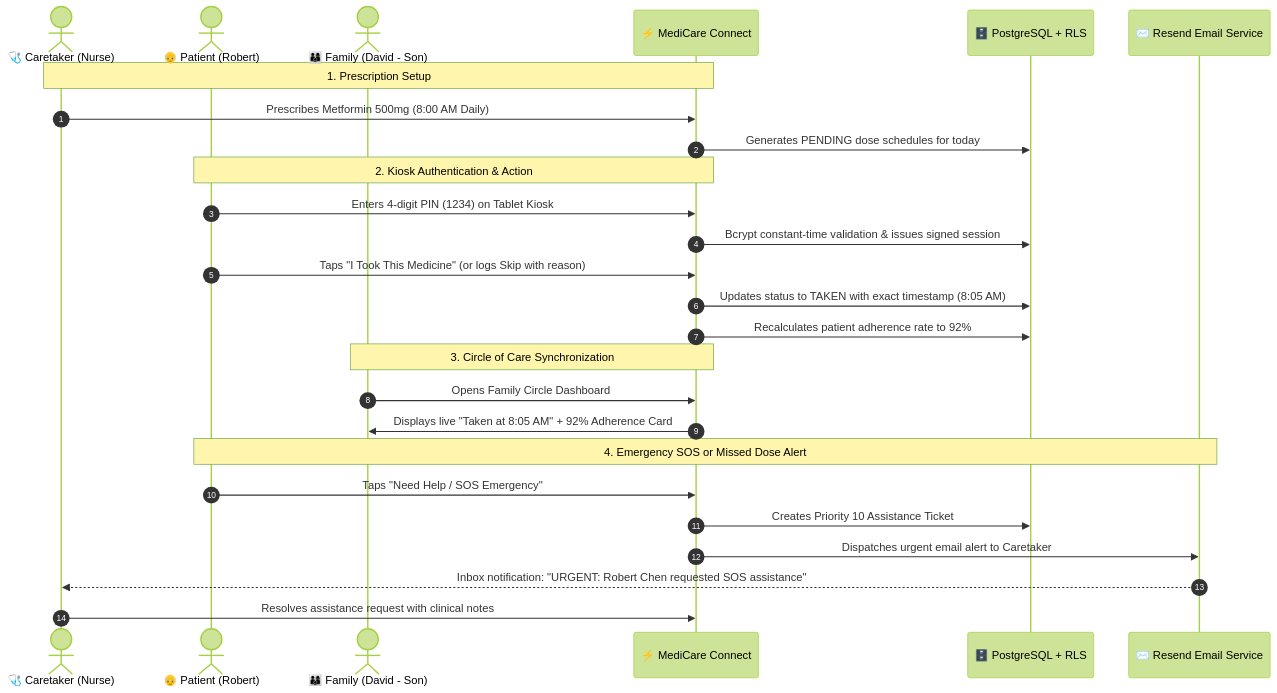
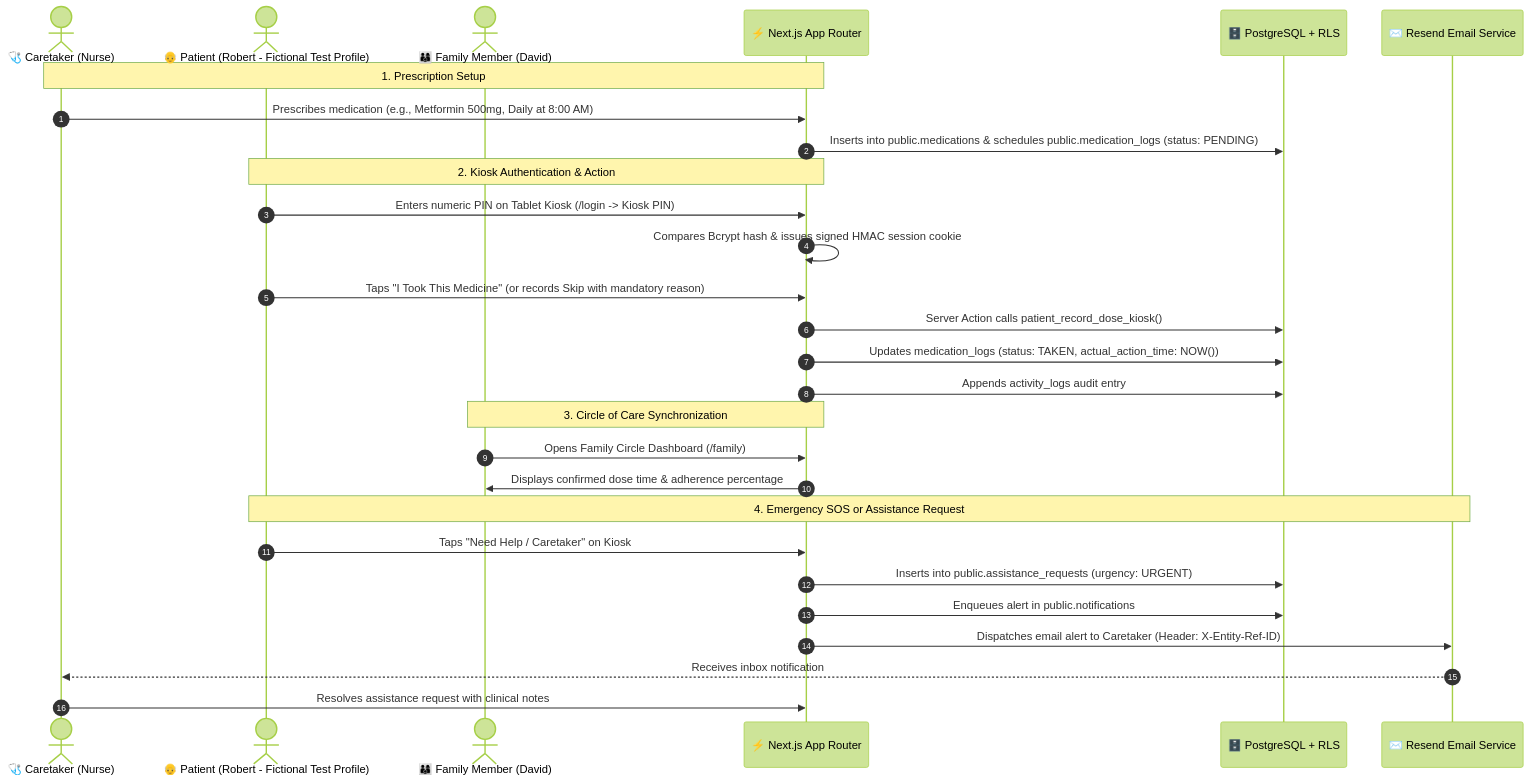
The diagram in workfunction.md (2k24cs1k2412828-cloud/medibuddy_xcatalyst), drawn with Mermaid (forest theme) before and after one commit. The commit also changed other lines of this file and 12 other files, not shown here.

````diff
--- a/workfunction.md
+++ b/workfunction.md
@@ -20,32 +20,34 @@
 ```mermaid
 sequenceDiagram
     autonumber
     actor Caretaker as 🩺 Caretaker (Nurse)
-    actor Patient as 👴 Patient (Robert)
-    actor Family as 👨‍👩‍👦 Family (David - Son)
-    participant Platform as ⚡ MediCare Connect
+    actor Patient as 👴 Patient (Robert - Fictional Test Profile)
+    actor Family as 👨‍👩‍👦 Family Member (David)
+    participant Platform as ⚡ Next.js App Router
     participant DB as 🗄️ PostgreSQL + RLS
     participant Resend as ✉️ Resend Email Service
 
     Note over Caretaker,Platform: 1. Prescription Setup
-    Caretaker->>Platform: Prescribes Metformin 500mg (8:00 AM Daily)
-    Platform->>DB: Generates PENDING dose schedules for today
+    Caretaker->>Platform: Prescribes medication (e.g., Metformin 500mg, Daily at 8:00 AM)
+    Platform->>DB: Inserts into public.medications & schedules public.medication_logs (status: PENDING)
 
     Note over Patient,Platform: 2. Kiosk Authentication & Action
-    Patient->>Platform: Enters 4-digit PIN (1234) on Tablet Kiosk
-    Platform->>DB: Bcrypt constant-time validation & issues signed session
-    Patient->>Platform: Taps "I Took This Medicine" (or logs Skip with reason)
-    Platform->>DB: Updates status to TAKEN with exact timestamp (8:05 AM)
-    Platform->>DB: Recalculates patient adherence rate to 92%
+    Patient->>Platform: Enters numeric PIN on Tablet Kiosk (/login -> Kiosk PIN)
+    Platform->>Platform: Compares Bcrypt hash & issues signed HMAC session cookie
+    Patient->>Platform: Taps "I Took This Medicine" (or records Skip with mandatory reason)
+    Platform->>DB: Server Action calls patient_record_dose_kiosk()
+    Platform->>DB: Updates medication_logs (status: TAKEN, actual_action_time: NOW())
+    Platform->>DB: Appends activity_logs audit entry
 
     Note over Family,Platform: 3. Circle of Care Synchronization
-    Family->>Platform: Opens Family Circle Dashboard
-    Platform->>Family: Displays live "Taken at 8:05 AM" + 92% Adherence Card
+    Family->>Platform: Opens Family Circle Dashboard (/family)
+    Platform->>Family: Displays confirmed dose time & adherence percentage
 
-    Note over Patient,Resend: 4. Emergency SOS or Missed Dose Alert
-    Patient->>Platform: Taps "Need Help / SOS Emergency"
-    Platform->>DB: Creates Priority 10 Assistance Ticket
-    Platform->>Resend: Dispatches urgent email alert to Caretaker
-    Resend-->>Caretaker: Inbox notification: "URGENT: Robert Chen requested SOS assistance"
+    Note over Patient,Resend: 4. Emergency SOS or Assistance Request
+    Patient->>Platform: Taps "Need Help / Caretaker" on Kiosk
+    Platform->>DB: Inserts into public.assistance_requests (urgency: URGENT)
+    Platform->>DB: Enqueues alert in public.notifications
+    Platform->>Resend: Dispatches email alert to Caretaker (Header: X-Entity-Ref-ID)
+    Resend-->>Caretaker: Receives inbox notification
     Caretaker->>Platform: Resolves assistance request with clinical notes
 ```
````
